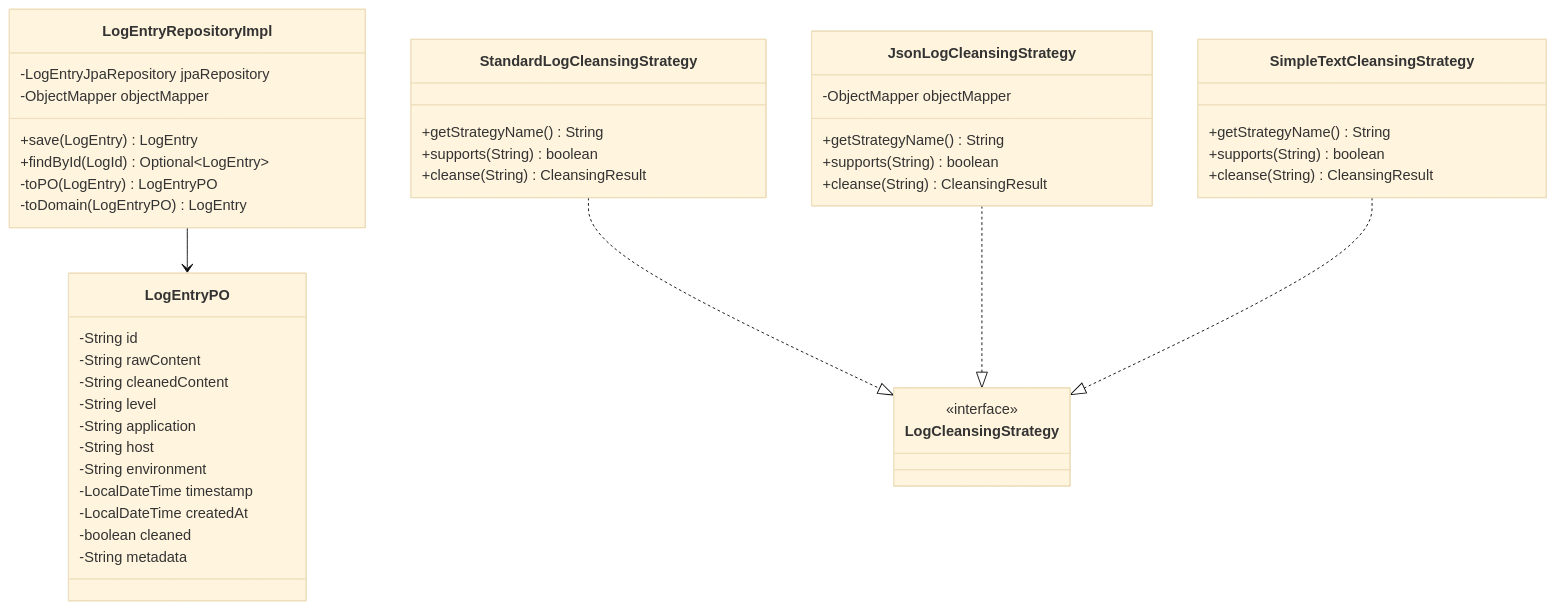
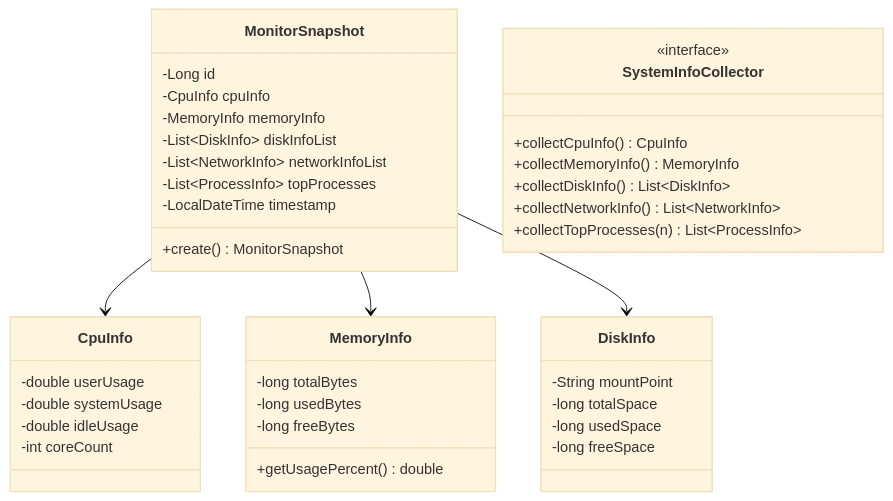
One commit to jackjiang9627-hash/keke changed the third of 7 diagrams in README.md. Above: the diagram before and after it, drawn with Mermaid (base theme). The commit also changed other lines of this file and 50 other files, not shown here.

````diff
--- a/README.md
+++ b/README.md
@@ -1127,53 +665,47 @@
 ```mermaid
 classDiagram
-    class LogEntryRepositoryImpl {
-        -LogEntryJpaRepository jpaRepository
-        -ObjectMapper objectMapper
-        +save(LogEntry) LogEntry
-        +findById(LogId) Optional~LogEntry~
-        -toPO(LogEntry) LogEntryPO
-        -toDomain(LogEntryPO) LogEntry
+    class MonitorSnapshot {
+        -Long id
+        -CpuInfo cpuInfo
+        -MemoryInfo memoryInfo
+        -List~DiskInfo~ diskInfoList
+        -List~NetworkInfo~ networkInfoList
+        -List~ProcessInfo~ topProcesses
+        -LocalDateTime timestamp
+        +create() MonitorSnapshot
     }
-
-    class LogEntryPO {
-        -String id
-        -String rawContent
-        -String cleanedContent
-        -String level
-        -String application
-        -String host
-        -String environment
-        -LocalDateTime timestamp
-        -LocalDateTime createdAt
-        -boolean cleaned
-        -String metadata
+    
+    class CpuInfo {
+        -double userUsage
+        -double systemUsage
+        -double idleUsage
+        -int coreCount
     }
-
-    class StandardLogCleansingStrategy {
-        +getStrategyName() String
-        +supports(String) boolean
-        +cleanse(String) CleansingResult
+    
+    class MemoryInfo {
+        -long totalBytes
+        -long usedBytes
+        -long freeBytes
+        +getUsagePercent() double
     }
-
-    class JsonLogCleansingStrategy {
-        -ObjectMapper objectMapper
-        +getStrategyName() String
-        +supports(String) boolean
-        +cleanse(String) CleansingResult
+    
+    class DiskInfo {
+        -String mountPoint
+        -long totalSpace
+        -long usedSpace
+        -long freeSpace
     }
-
-    class SimpleTextCleansingStrategy {
-        +getStrategyName() String
-        +supports(String) boolean
-        +cleanse(String) CleansingResult
+    
+    class SystemInfoCollector {
+        <<interface>>
+        +collectCpuInfo() CpuInfo
+        +collectMemoryInfo() MemoryInfo
+        +collectDiskInfo() List~DiskInfo~
+        +collectNetworkInfo() List~NetworkInfo~
+        +collectTopProcesses(n) List~ProcessInfo~
     }
-
-    class LogCleansingStrategy {
-        <<interface>>
-    }
-
-    LogEntryRepositoryImpl --> LogEntryPO
-    StandardLogCleansingStrategy ..|> LogCleansingStrategy
-    JsonLogCleansingStrategy ..|> LogCleansingStrategy
-    SimpleTextCleansingStrategy ..|> LogCleansingStrategy
+    
+    MonitorSnapshot --> CpuInfo
+    MonitorSnapshot --> MemoryInfo
+    MonitorSnapshot --> DiskInfo
 ```
````
